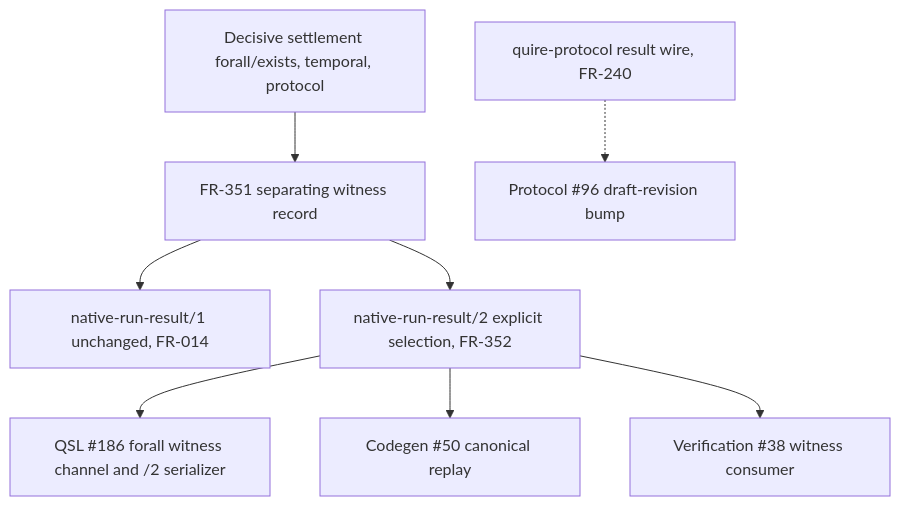
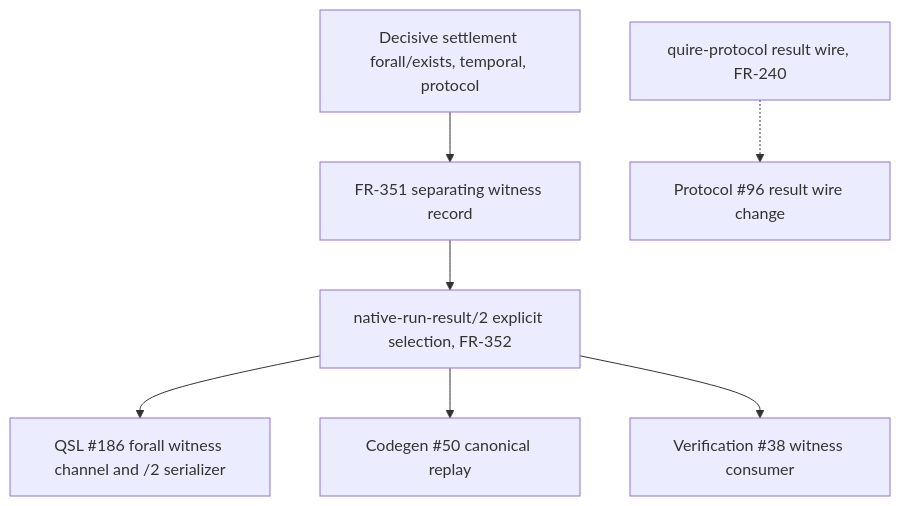
Before and after one commit to agent-ix/quire-specification: the diagram in spec/assurance/AD-014-separating-witness-wire-architecture.md, drawn with Mermaid. The commit also changed other lines of this file and 182 other files, not shown here.

````diff
--- a/spec/assurance/AD-014-separating-witness-wire-architecture.md
+++ b/spec/assurance/AD-014-separating-witness-wire-architecture.md
@@ -31,10 +30,9 @@
 ```mermaid
 flowchart TD
   D[Decisive settlement forall/exists, temporal, protocol] --> W[FR-351 separating witness record]
-  W --> V1[native-run-result/1 unchanged, FR-014]
   W --> V2[native-run-result/2 explicit selection, FR-352]
   V2 --> S[QSL #186 forall witness channel and /2 serializer]
   V2 --> C[Codegen #50 canonical replay]
   V2 --> R[Verification #38 witness consumer]
-  P[quire-protocol result wire, FR-240] -.-> B[Protocol #96 draft-revision bump]
+  P[quire-protocol result wire, FR-240] -.-> B[Protocol #96 result wire change]
 ```
````
